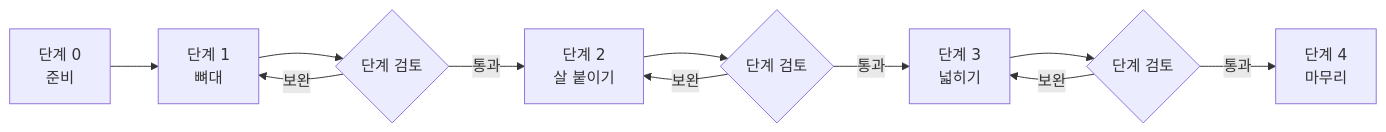
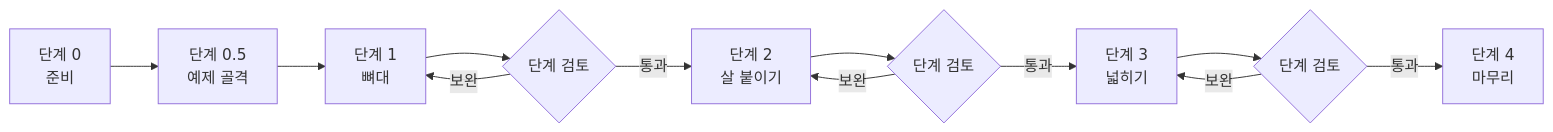
The first of 4 diagrams in PLAN.md (danielhongwoo/fusa), drawn with Mermaid before and after one commit. The commit also changed other lines of this file and 1 other file, not shown here.

````diff
--- a/PLAN.md
+++ b/PLAN.md
@@ -42,13 +43,14 @@
 ```mermaid
 flowchart LR
-    P0["단계 0<br/>준비"] --> P1["단계 1<br/>뼈대"]
+    P0["단계 0<br/>준비"] --> P05["단계 0.5<br/>예제 골격"]
+    P05 --> P1["단계 1<br/>뼈대"]
     P1 --> G1{"단계 검토"}
     G1 -->|통과| P2["단계 2<br/>살 붙이기"]
     G1 -->|보완| P1
     P2 --> G2{"단계 검토"}
     G2 -->|통과| P3["단계 3<br/>넓히기"]
     G2 -->|보완| P2
     P3 --> G3{"단계 검토"}
     G3 -->|통과| P4["단계 4<br/>마무리"]
     G3 -->|보완| P3
 ```
````
